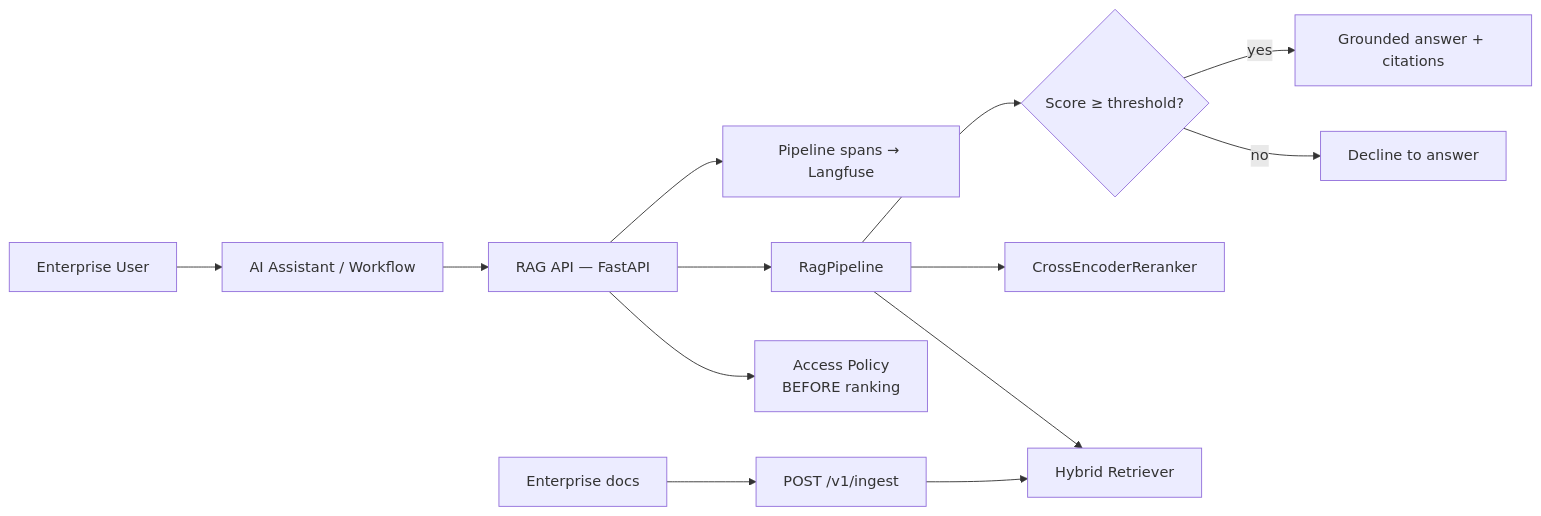
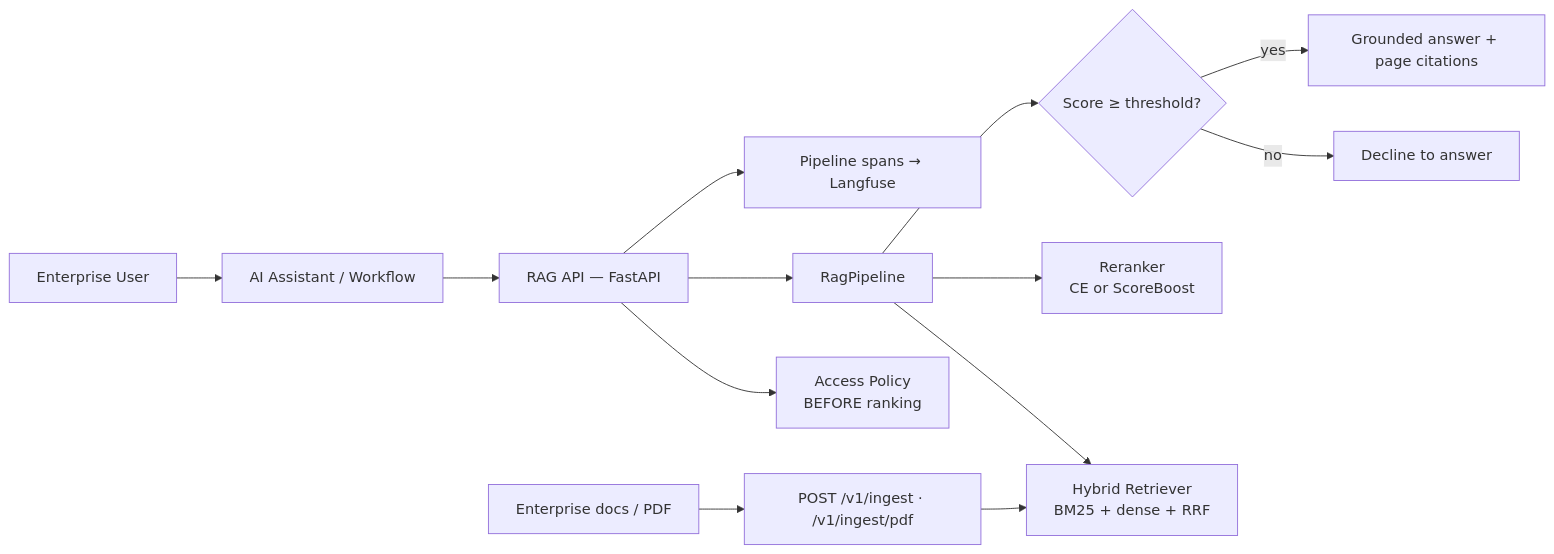
Before and after one commit to vpeetla-ai/enterprise_rag_platform: the first of 4 diagrams in README.md, drawn with Mermaid. The commit also changed other lines of this file and 21 other files, not shown here.

First line of the commit message:
Close Top-1% plan gaps: Qdrant hybrid RRF, eval CI gates, rate limits, OCR. (#10)

````diff
--- a/README.md
+++ b/README.md
@@ -69,15 +102,15 @@
 ```mermaid
 flowchart LR
   User["Enterprise User"] --> App["AI Assistant / Workflow"]
   App --> Gateway["RAG API — FastAPI"]
   Gateway --> Policy["Access Policy<br/>BEFORE ranking"]
   Gateway --> Orchestrator["RagPipeline"]
-  Orchestrator --> Retrieval["Hybrid Retriever"]
-  Orchestrator --> Rerank["CrossEncoderReranker"]
+  Orchestrator --> Retrieval["Hybrid Retriever<br/>BM25 + dense + RRF"]
+  Orchestrator --> Rerank["Reranker<br/>CE or ScoreBoost"]
   Orchestrator --> Decline{"Score ≥ threshold?"}
   Decline -->|no| Refuse["Decline to answer"]
-  Decline -->|yes| Gen["Grounded answer + citations"]
-  Sources["Enterprise docs"] --> Ingestion["POST /v1/ingest"]
+  Decline -->|yes| Gen["Grounded answer + page citations"]
+  Sources["Enterprise docs / PDF"] --> Ingestion["POST /v1/ingest · /v1/ingest/pdf"]
   Ingestion --> Retrieval
   Gateway --> Obs["Pipeline spans → Langfuse"]
 ```
````
